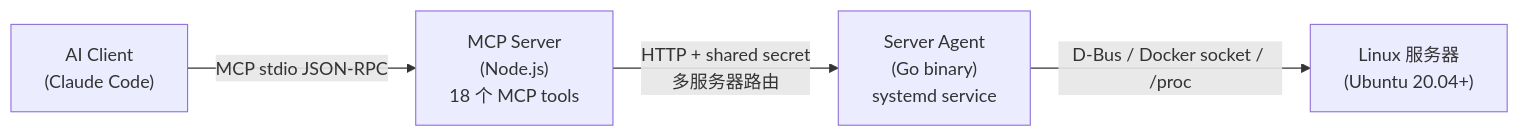
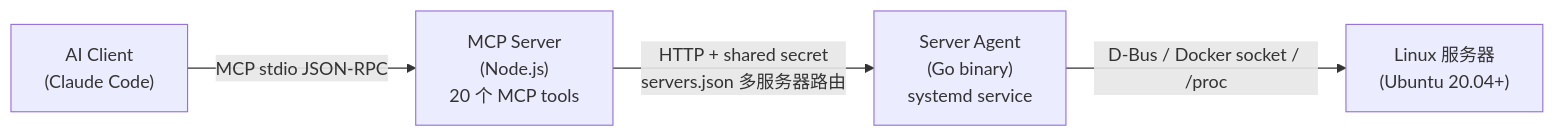
Before and after one commit to Ye-Yu-Mo/AI-SRE-Agent: the diagram in README.md, drawn with Mermaid. The commit also changed other lines of this file and 1 other file, not shown here.

First line of the commit message:
feat: add servers.json registry and server management MCP tools

````diff
--- a/README.md
+++ b/README.md
@@ -9,6 +9,6 @@
 ```mermaid
 flowchart LR
-    A["AI Client<br/>(Claude Code)"] -->|"MCP stdio JSON-RPC"| B["MCP Server<br/>(Node.js)<br/>18 个 MCP tools"]
-    B -->|"HTTP + shared secret<br/>多服务器路由"| C["Server Agent<br/>(Go binary)<br/>systemd service"]
+    A["AI Client<br/>(Claude Code)"] -->|"MCP stdio JSON-RPC"| B["MCP Server<br/>(Node.js)<br/>20 个 MCP tools"]
+    B -->|"HTTP + shared secret<br/>servers.json 多服务器路由"| C["Server Agent<br/>(Go binary)<br/>systemd service"]
     C -->|"D-Bus / Docker socket / /proc"| D["Linux 服务器<br/>(Ubuntu 20.04+)"]
 ```
````
